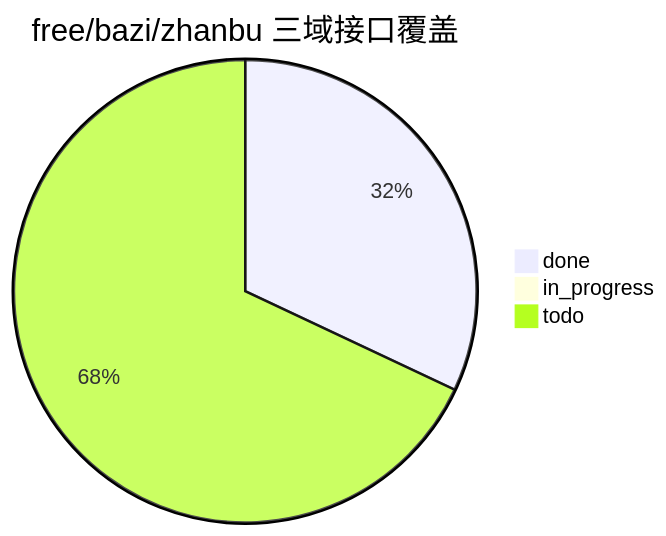
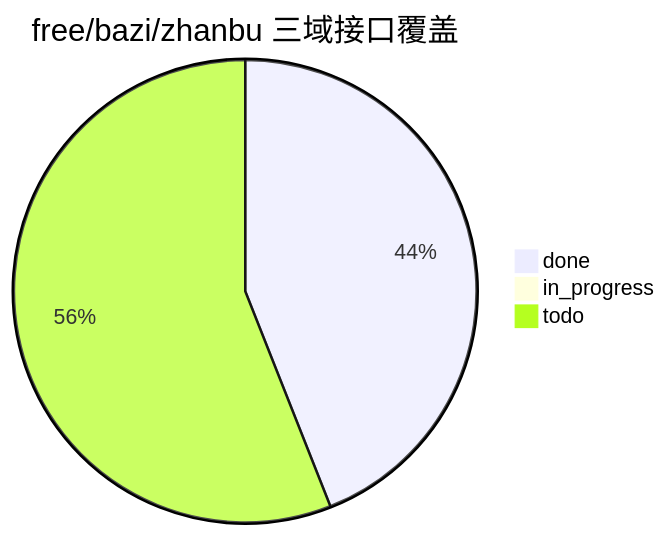
One commit to Scorpio69t/yuanfenju-go-sdk changed the diagram in docs/interface-catalog.md. Above: the diagram before and after it, drawn with Mermaid. The commit also changed other lines of this file and 6 other files, not shown here.

````diff
--- a/docs/interface-catalog.md
+++ b/docs/interface-catalog.md
@@ -15,6 +15,6 @@
 ```mermaid
 pie title free/bazi/zhanbu 三域接口覆盖
-    "done" : 8
+    "done" : 11
     "in_progress" : 0
-    "todo" : 17
+    "todo" : 14
 ```
````
